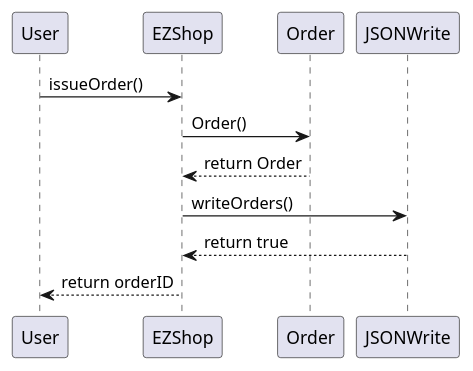
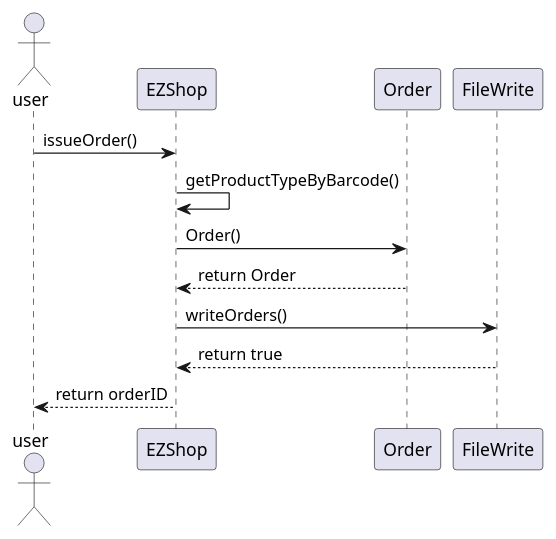
One commit to giuseppesalvi/ezshop changed the ninth of 28 diagrams in Deliverables/DesignDocument.md. Above: the diagram before and after it, drawn with PlantUML. The commit also changed other lines of this file, not shown here.

Commit message:
Update DesignDocument.md: sequence diagram, class diagram, package diagram

````diff
--- a/Deliverables/DesignDocument.md
+++ b/Deliverables/DesignDocument.md
@@ -372,14 +377,15 @@
 ```plantuml
 @startuml
-participant User
+actor user
 participant EZShop
 participant Order
-participant JSONWrite
-User -> EZShop : issueOrder()
+participant FileWrite
+user -> EZShop : issueOrder()
+EZShop -> EZShop : getProductTypeByBarcode()
 EZShop -> Order : Order()
 EZShop <-- Order : return Order
-EZShop -> JSONWrite : writeOrders()
-EZShop <-- JSONWrite : return true
-User <-- EZShop : return orderID
+EZShop -> FileWrite : writeOrders()
+EZShop <-- FileWrite : return true
+user <-- EZShop : return orderID
 @enduml
 ```
````
